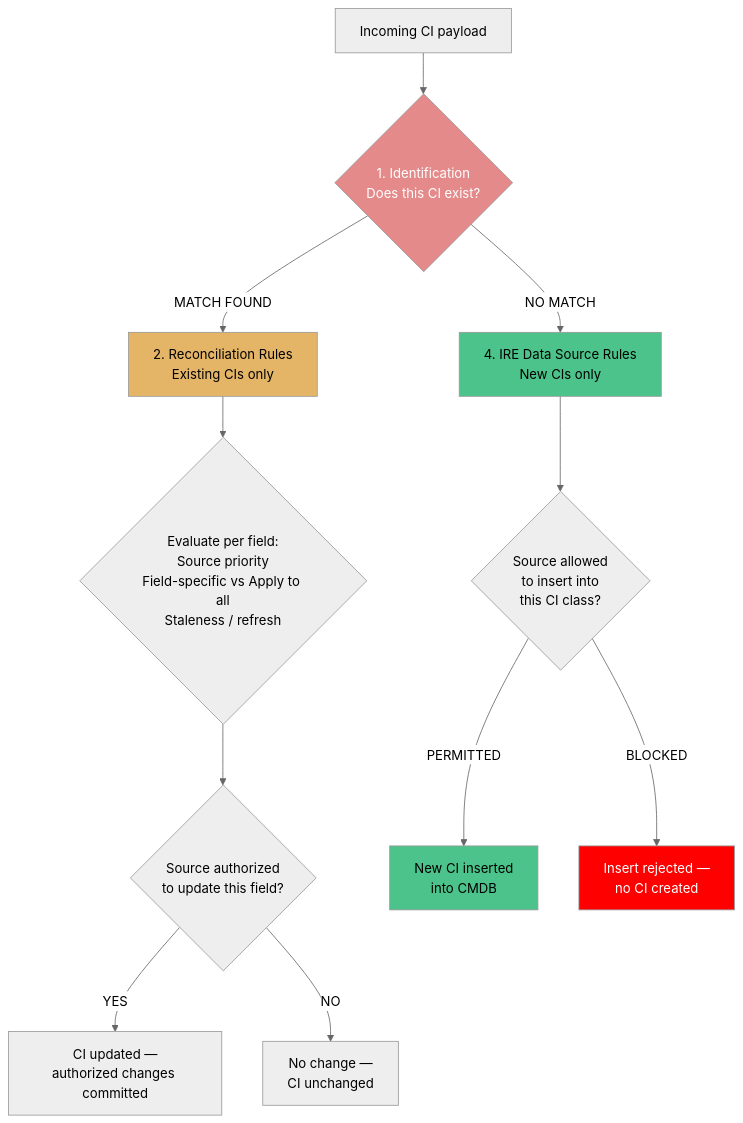
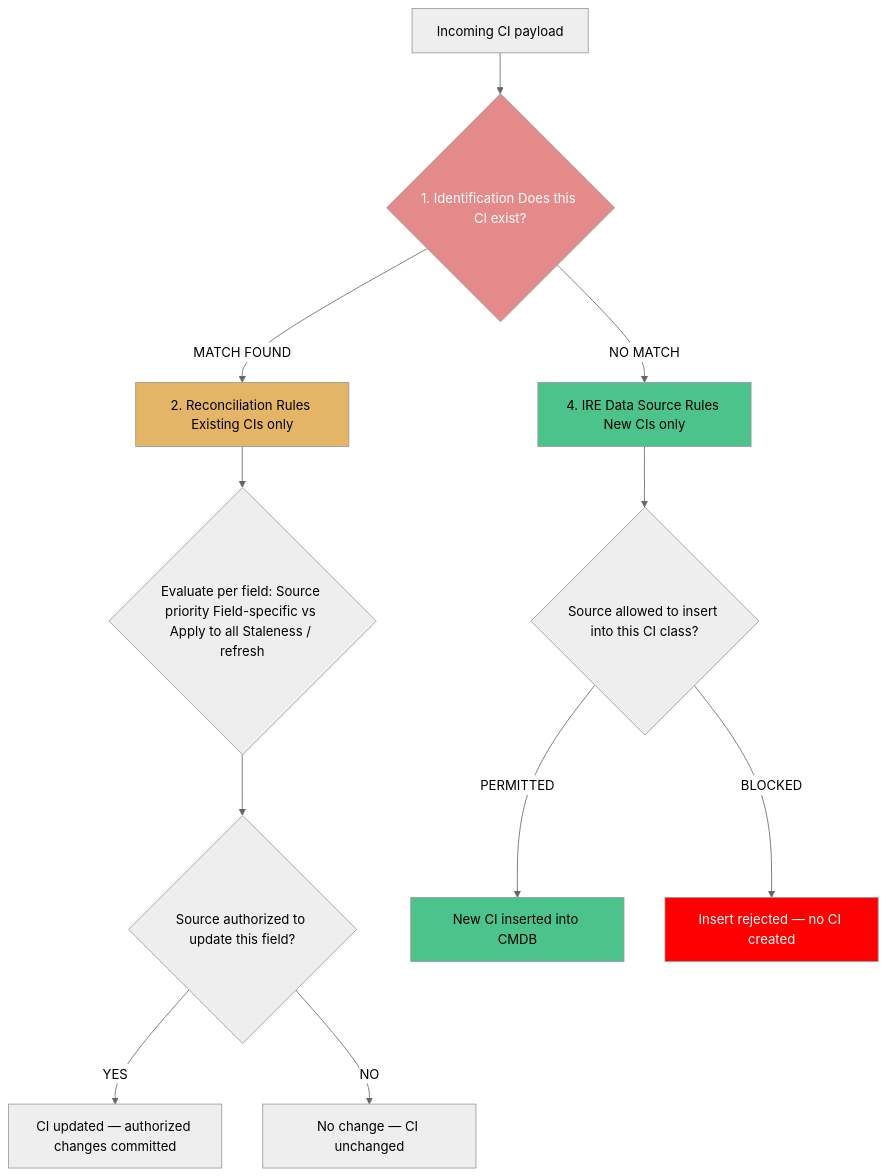
Before and after one commit to eltonaguiar/ServiceNow_Learning_TSOM-_CSM_FSM_SalesCRM_HAM_ITSM: the fifth of 9 diagrams in docs/modules/cmdb/cmdb-guide.md, drawn with Mermaid (neutral theme). The commit also changed 11 other files, not shown here.

First line of the commit message:
Fix all mermaid diagrams: remove br/ tags that break rendering on GitHub Pages

````diff
--- a/docs/modules/cmdb/cmdb-guide.md
+++ b/docs/modules/cmdb/cmdb-guide.md
@@ -869,18 +869,18 @@
 ```mermaid
 flowchart TD
-    IN[Incoming CI payload] --> IDR{1. Identification<br/>Does this CI exist?}
-    IDR -->|MATCH FOUND| REC[2. Reconciliation Rules<br/>Existing CIs only]
-    IDR -->|NO MATCH| DS[4. IRE Data Source Rules<br/>New CIs only]
-    REC --> RECON_EVAL{Evaluate per field:<br/>Source priority<br/>Field-specific vs Apply to all<br/>Staleness / refresh}
-    RECON_EVAL --> AUTHORIZED{Source authorized<br/>to update this field?}
-    AUTHORIZED -->|YES| UPDATE[CI updated —<br/>authorized changes committed]
-    AUTHORIZED -->|NO| NOCHANGE[No change —<br/>CI unchanged]
-    DS --> DS_CHECK{Source allowed<br/>to insert into<br/>this CI class?}
-    DS_CHECK -->|PERMITTED| NEWCI[New CI inserted<br/>into CMDB]
-    DS_CHECK -->|BLOCKED| REJECT[Insert rejected —<br/>no CI created]
+    IN[Incoming CI payload] --> IDR{1. Identification Does this CI exist?}
+    IDR -->|MATCH FOUND| REC[2. Reconciliation Rules Existing CIs only]
+    IDR -->|NO MATCH| DS[4. IRE Data Source Rules New CIs only]
+    REC --> RECON_EVAL{Evaluate per field: Source priority Field-specific vs Apply to all Staleness / refresh}
+    RECON_EVAL --> AUTHORIZED{Source authorized to update this field?}
+    AUTHORIZED -->|YES| UPDATE[CI updated — authorized changes committed]
+    AUTHORIZED -->|NO| NOCHANGE[No change — CI unchanged]
+    DS --> DS_CHECK{Source allowed to insert into this CI class?}
+    DS_CHECK -->|PERMITTED| NEWCI[New CI inserted into CMDB]
+    DS_CHECK -->|BLOCKED| REJECT[Insert rejected — no CI created]
     style IDR fill:#e58a8a,color:#fff
     style REC fill:#e5b567,color:#000
     style DS fill:#4cc38a,color:#000
     style NEWCI fill:#4cc38a,color:#000
     style REJECT fill:#ff0000,color:#fff
 ```
````
